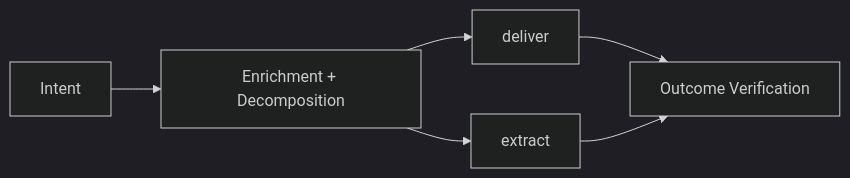
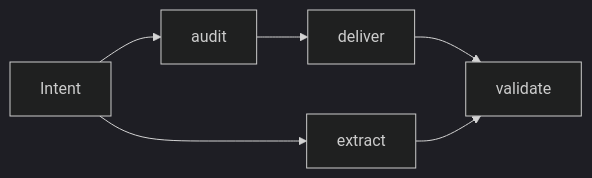
The first of 2 diagrams in docs/architecture/system-overview.md (Calibrax-ai/autoship), drawn with Mermaid (dark theme) before and after one commit. The commit also changed other lines of this file and 16 other files, not shown here.

````diff
--- a/docs/architecture/system-overview.md
+++ b/docs/architecture/system-overview.md
@@ -24,8 +24,8 @@
 ```mermaid
 flowchart LR
-    I[Intent] --> E[Enrichment + Decomposition]
-    E --> X[extract]
-    E --> D[deliver]
-    D --> O[Outcome Verification]
-    X --> O
+    I[Intent] --> A[audit]
+    I --> X[extract]
+    A --> D[deliver]
+    D --> V[validate]
+    X --> V
 ```
````
